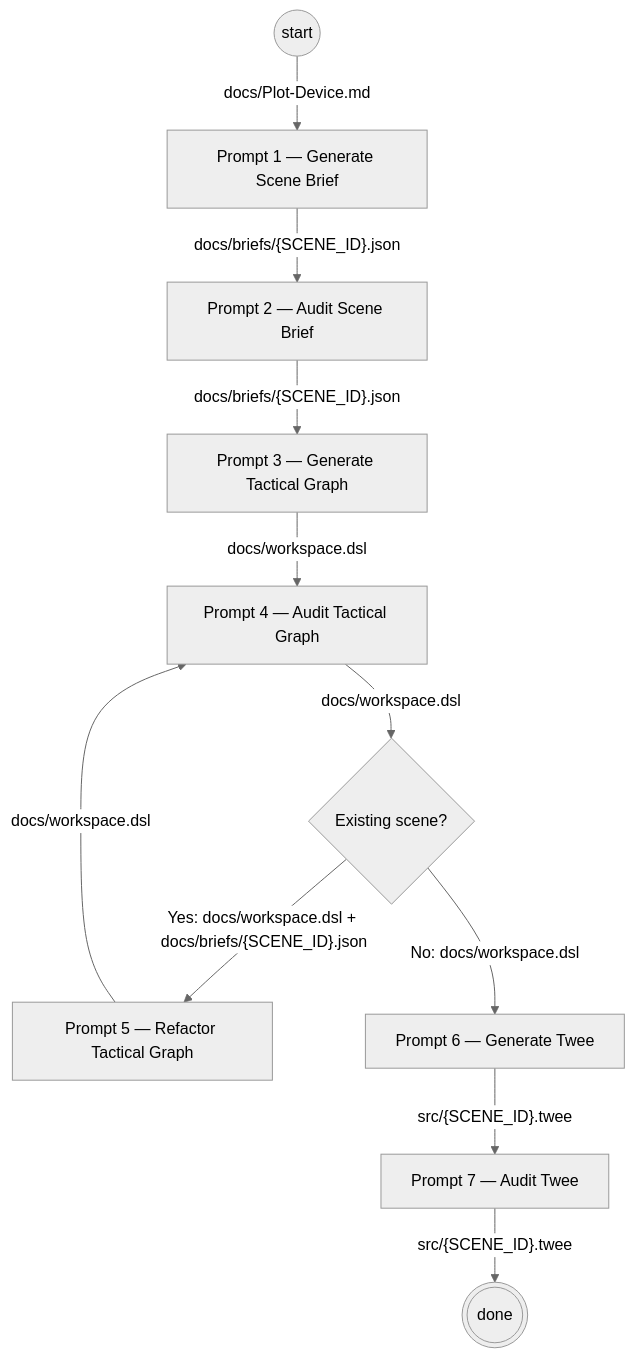
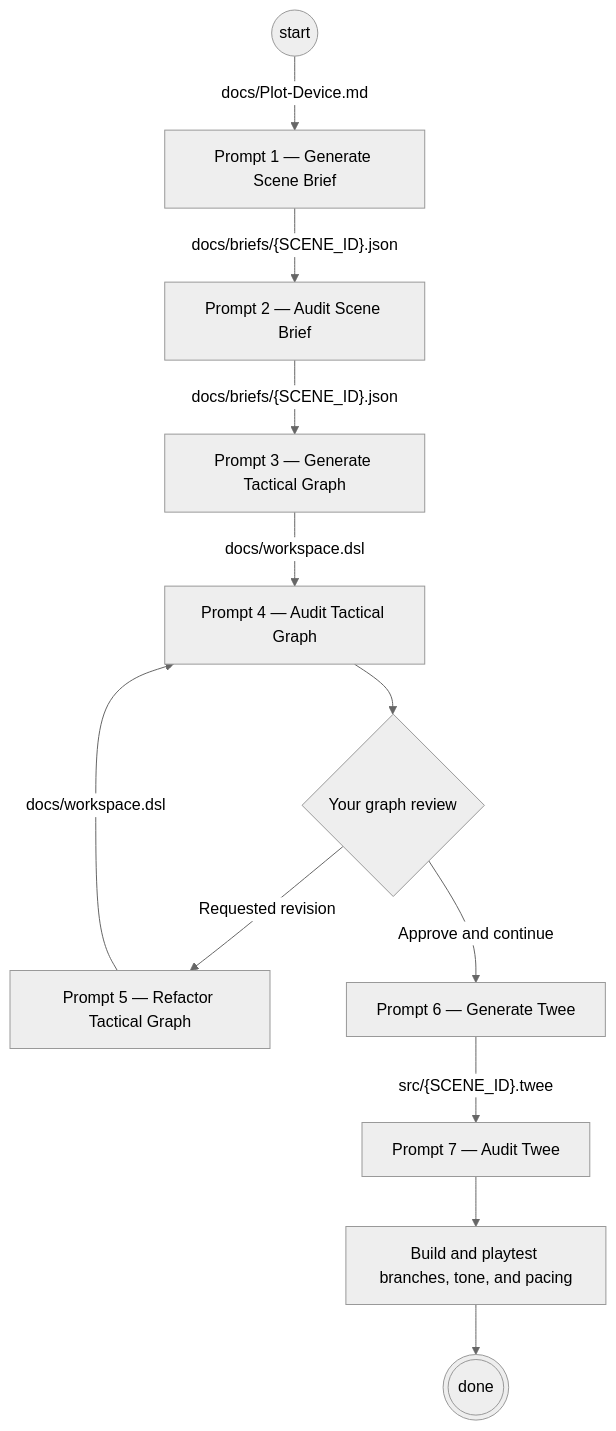
One commit to kilogold/TwineListen changed the diagram in readme.md. Above: the diagram before and after it, drawn with Mermaid (neutral theme). The commit also changed other lines of this file and 21 other files, not shown here.

````diff
--- a/readme.md
+++ b/readme.md
@@ -51,13 +54,14 @@
 ```mermaid
 flowchart TD
     PD((start)) -->|"docs/Plot-Device.md"| P1["Prompt 1 — Generate Scene Brief"]
     P1 -->|"docs/briefs/{SCENE_ID}.json"| P2["Prompt 2 — Audit Scene Brief"]
     P2 -->|"docs/briefs/{SCENE_ID}.json"| P3["Prompt 3 — Generate Tactical Graph"]
     P3 -->|"docs/workspace.dsl"| P4["Prompt 4 — Audit Tactical Graph"]
-    P4 -->|"docs/workspace.dsl"| P5{"Existing scene?"}
-    P5 -->|"Yes: docs/workspace.dsl + docs/briefs/{SCENE_ID}.json"| P5a["Prompt 5 — Refactor Tactical Graph"]
+    P4 --> Review{"Your graph review"}
+    Review -->|"Requested revision"| P5a["Prompt 5 — Refactor Tactical Graph"]
     P5a -->|"docs/workspace.dsl"| P4
-    P5 -->|"No: docs/workspace.dsl"| P6["Prompt 6 — Generate Twee"]
+    Review -->|"Approve and continue"| P6["Prompt 6 — Generate Twee"]
     P6 -->|"src/{SCENE_ID}.twee"| P7["Prompt 7 — Audit Twee"]
-    P7 -->|"src/{SCENE_ID}.twee"| Done(((done)))
+    P7 --> Playtest["Build and playtest branches, tone, and pacing"]
+    Playtest --> Done(((done)))
 ```
````
